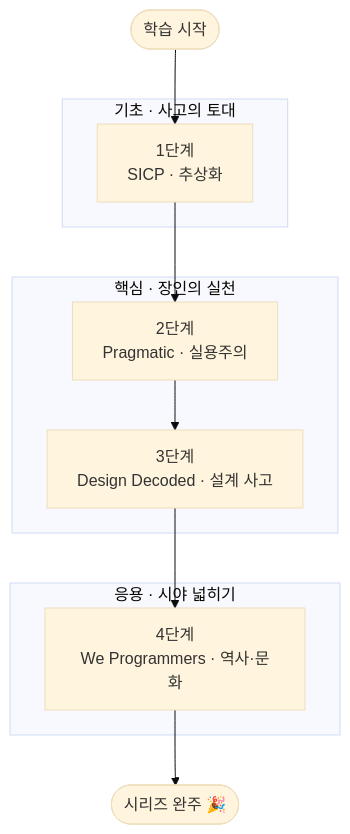
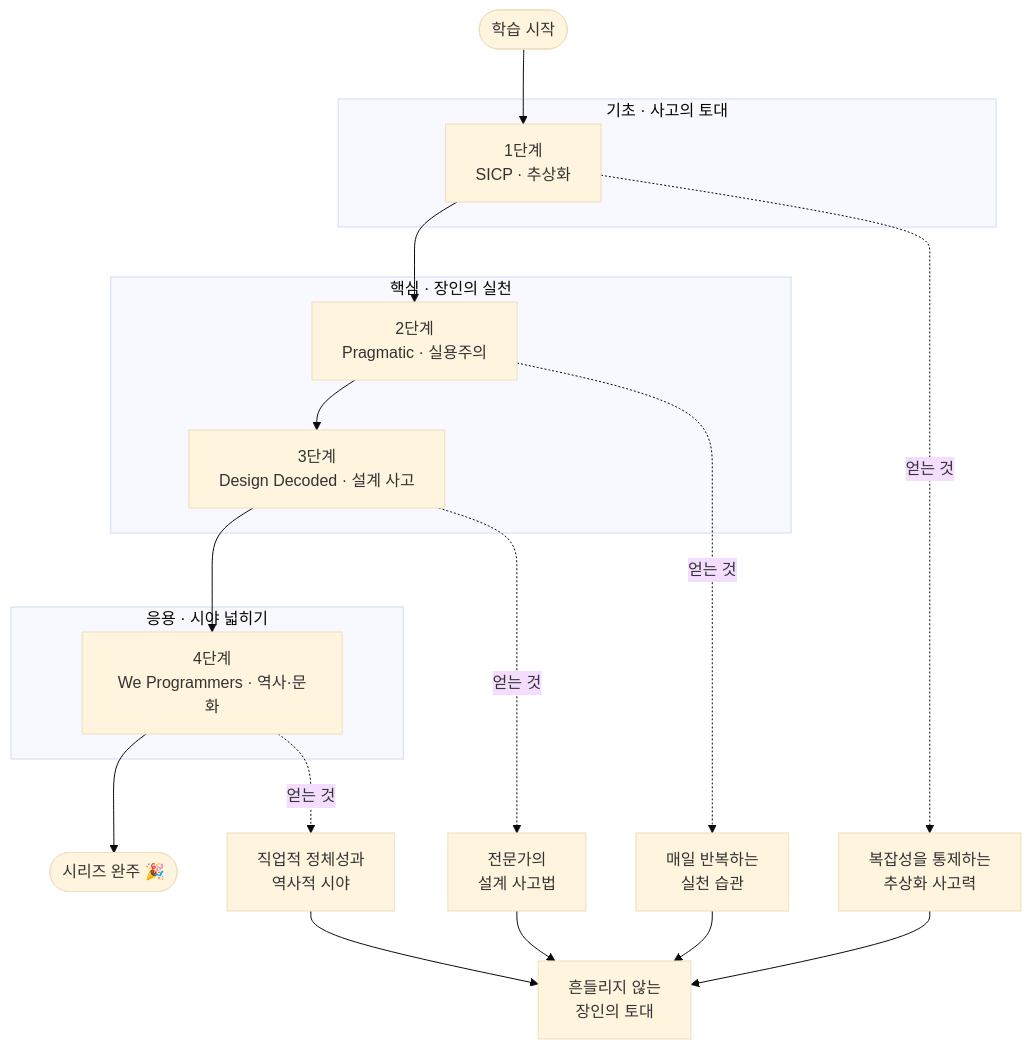
Before and after one commit to orchwang/orchwang.github.io: the diagram in _posts/Engineering/Craftsmanship/2026-06-19-craftsmanship-essential-curriculum.md, drawn with Mermaid (base theme). The commit also changed other lines of this file and 53 other files, not shown here.

````diff
--- a/_posts/Engineering/Craftsmanship/2026-06-19-craftsmanship-essential-curriculum.md
+++ b/_posts/Engineering/Craftsmanship/2026-06-19-craftsmanship-essential-curriculum.md
@@ -25,20 +94,30 @@
 ```mermaid
 flowchart TD
     Start([학습 시작]) --> S1
 
     subgraph FOUNDATION["기초 · 사고의 토대"]
         S1["1단계<br/>SICP · 추상화"]
     end
 
     subgraph CORE["핵심 · 장인의 실천"]
         S2["2단계<br/>Pragmatic · 실용주의"]
         S3["3단계<br/>Design Decoded · 설계 사고"]
     end
 
     subgraph APPLY["응용 · 시야 넓히기"]
         S4["4단계<br/>We Programmers · 역사·문화"]
     end
 
     S1 --> S2 --> S3 --> S4
     S4 --> Done([시리즈 완주 🎉])
+
+    S1 -. 얻는 것 .-> G1["복잡성을 통제하는<br/>추상화 사고력"]
+    S2 -. 얻는 것 .-> G2["매일 반복하는<br/>실천 습관"]
+    S3 -. 얻는 것 .-> G3["전문가의<br/>설계 사고법"]
+    S4 -. 얻는 것 .-> G4["직업적 정체성과<br/>역사적 시야"]
+
+    G1 --> Foundation["흔들리지 않는<br/>장인의 토대"]
+    G2 --> Foundation
+    G3 --> Foundation
+    G4 --> Foundation
 ```
````
